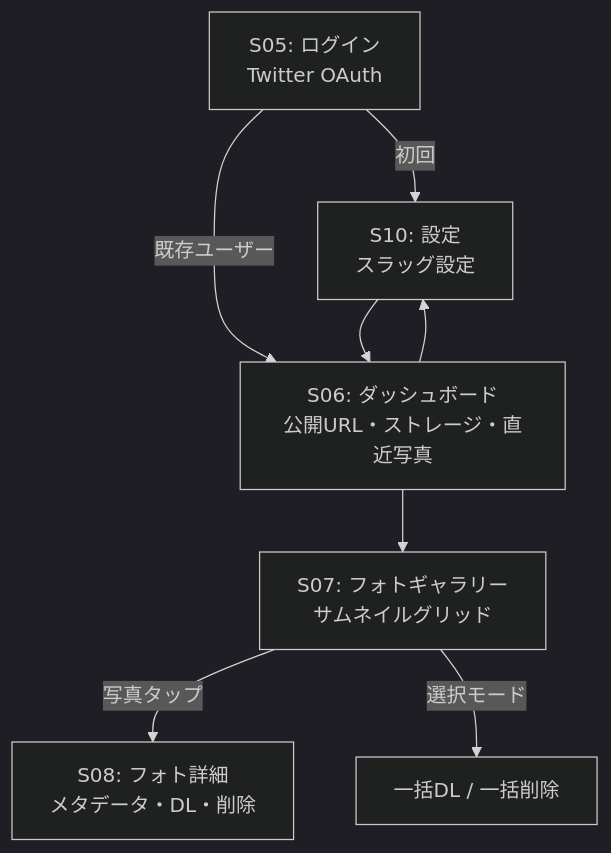
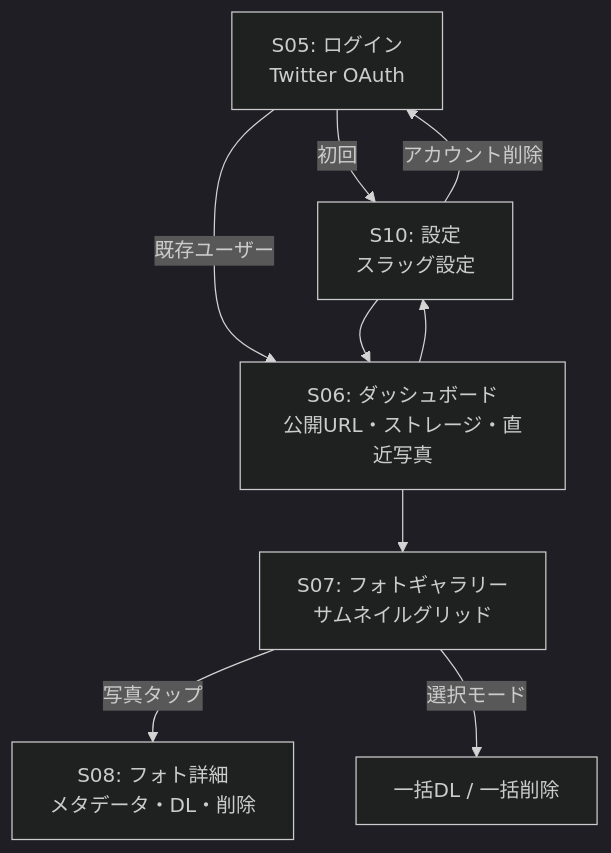
The second of 3 diagrams in docs/screen-flow.md (kuu13580/furdrop), drawn with Mermaid (dark theme) before and after one commit. The commit also changed other lines of this file and 6 other files, not shown here.

````diff
--- a/docs/screen-flow.md
+++ b/docs/screen-flow.md
@@ -36,10 +36,11 @@
 ```mermaid
 flowchart TD
     S05[S05: ログイン<br/>Twitter OAuth] -->|初回| S10[S10: 設定<br/>スラッグ設定]
     S05 -->|既存ユーザー| S06[S06: ダッシュボード<br/>公開URL・ストレージ・直近写真]
     S10 --> S06
     S06 --> S07[S07: フォトギャラリー<br/>サムネイルグリッド]
     S06 --> S10
     S07 -->|写真タップ| S08[S08: フォト詳細<br/>メタデータ・DL・削除]
     S07 -->|選択モード| BATCH[一括DL / 一括削除]
+    S10 -->|アカウント削除| S05
 ```
````
